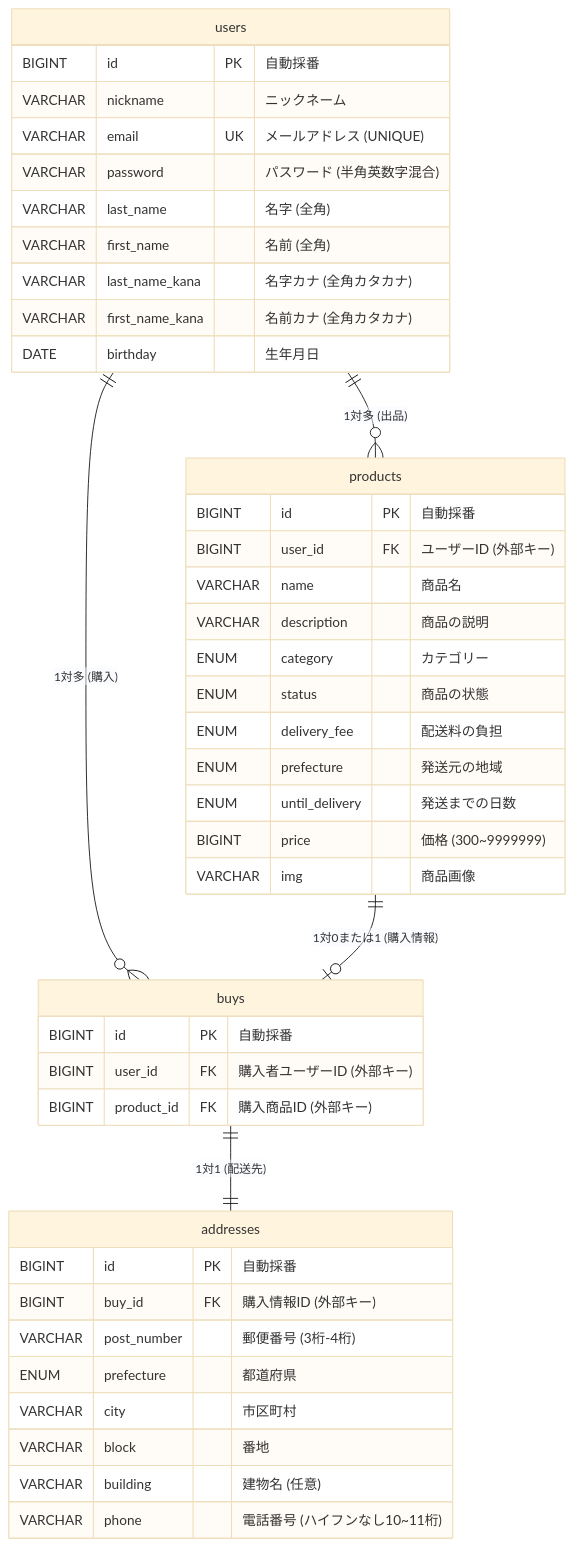
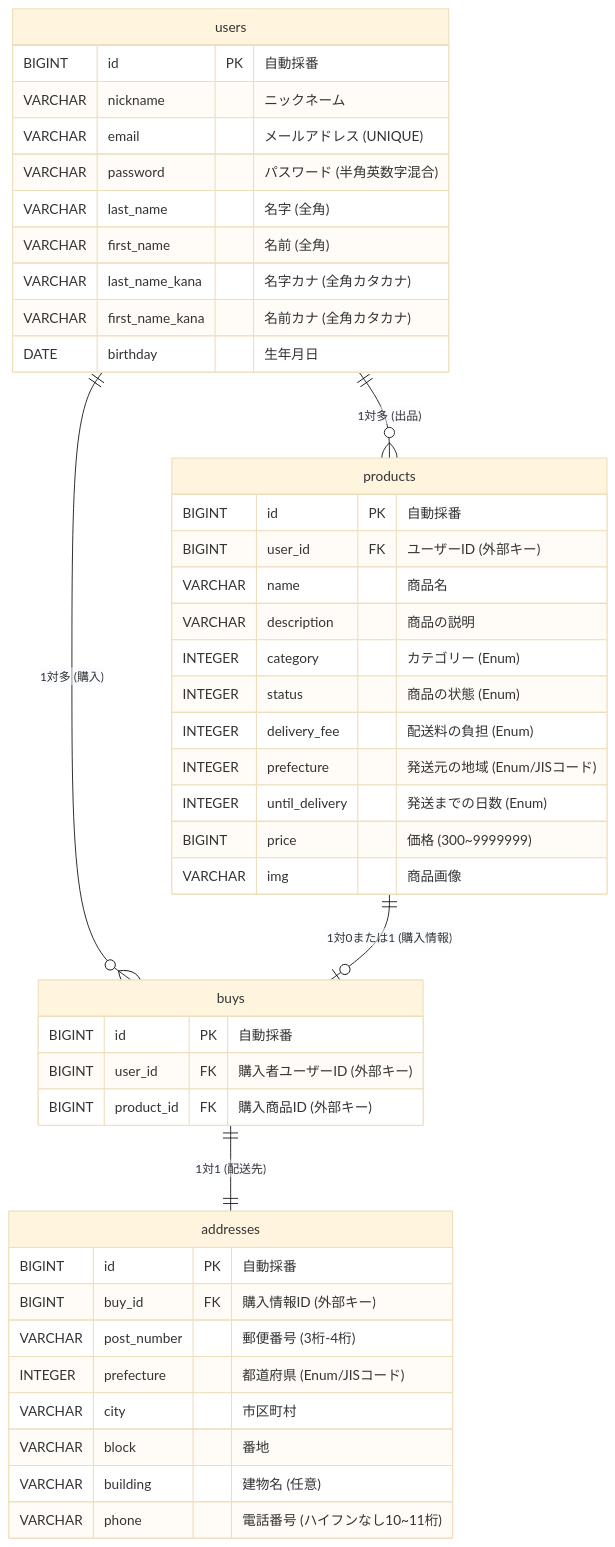
The diagram in README.md (sho-haraguchi/furima), drawn with Mermaid (base theme) before and after one commit.

````diff
--- a/README.md
+++ b/README.md
@@ -3,50 +3,50 @@
 ```mermaid
 erDiagram
     users ||--o{ products : "1対多 (出品)"
     users ||--o{ buys : "1対多 (購入)"
     products ||--o| buys : "1対0または1 (購入情報)"
     buys ||--|| addresses : "1対1 (配送先)"
 
     users {
         BIGINT id PK "自動採番"
         VARCHAR nickname "ニックネーム"
-        VARCHAR email UK "メールアドレス (UNIQUE)"
+        VARCHAR email "メールアドレス (UNIQUE)"
         VARCHAR password "パスワード (半角英数字混合)"
         VARCHAR last_name "名字 (全角)"
         VARCHAR first_name "名前 (全角)"
         VARCHAR last_name_kana "名字カナ (全角カタカナ)"
         VARCHAR first_name_kana "名前カナ (全角カタカナ)"
         DATE birthday "生年月日"
     }
 
     products {
         BIGINT id PK "自動採番"
         BIGINT user_id FK "ユーザーID (外部キー)"
         VARCHAR name "商品名"
         VARCHAR description "商品の説明"
-        ENUM category "カテゴリー"
-        ENUM status "商品の状態"
-        ENUM delivery_fee "配送料の負担"
-        ENUM prefecture "発送元の地域"
-        ENUM until_delivery "発送までの日数"
+        INTEGER category "カテゴリー (Enum)"
+        INTEGER status "商品の状態 (Enum)"
+        INTEGER delivery_fee "配送料の負担 (Enum)"
+        INTEGER prefecture "発送元の地域 (Enum/JISコード)"
+        INTEGER until_delivery "発送までの日数 (Enum)"
         BIGINT price "価格 (300~9999999)"
         VARCHAR img "商品画像"
     }
 
     buys {
         BIGINT id PK "自動採番"
         BIGINT user_id FK "購入者ユーザーID (外部キー)"
         BIGINT product_id FK "購入商品ID (外部キー)"
     }
 
     addresses {
         BIGINT id PK "自動採番"
         BIGINT buy_id FK "購入情報ID (外部キー)"
         VARCHAR post_number "郵便番号 (3桁-4桁)"
-        ENUM prefecture "都道府県"
+        INTEGER prefecture "都道府県 (Enum/JISコード)"
         VARCHAR city "市区町村"
         VARCHAR block "番地"
         VARCHAR building "建物名 (任意)"
         VARCHAR phone "電話番号 (ハイフンなし10~11桁)"
     }
 ```
````
